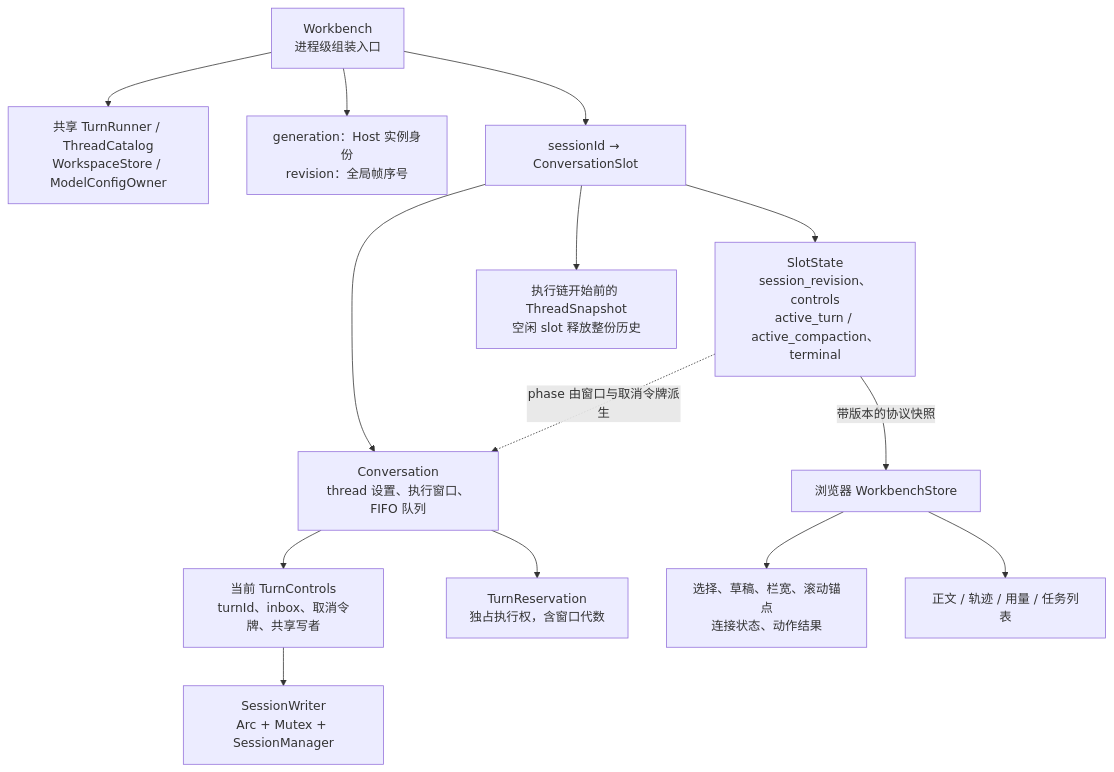
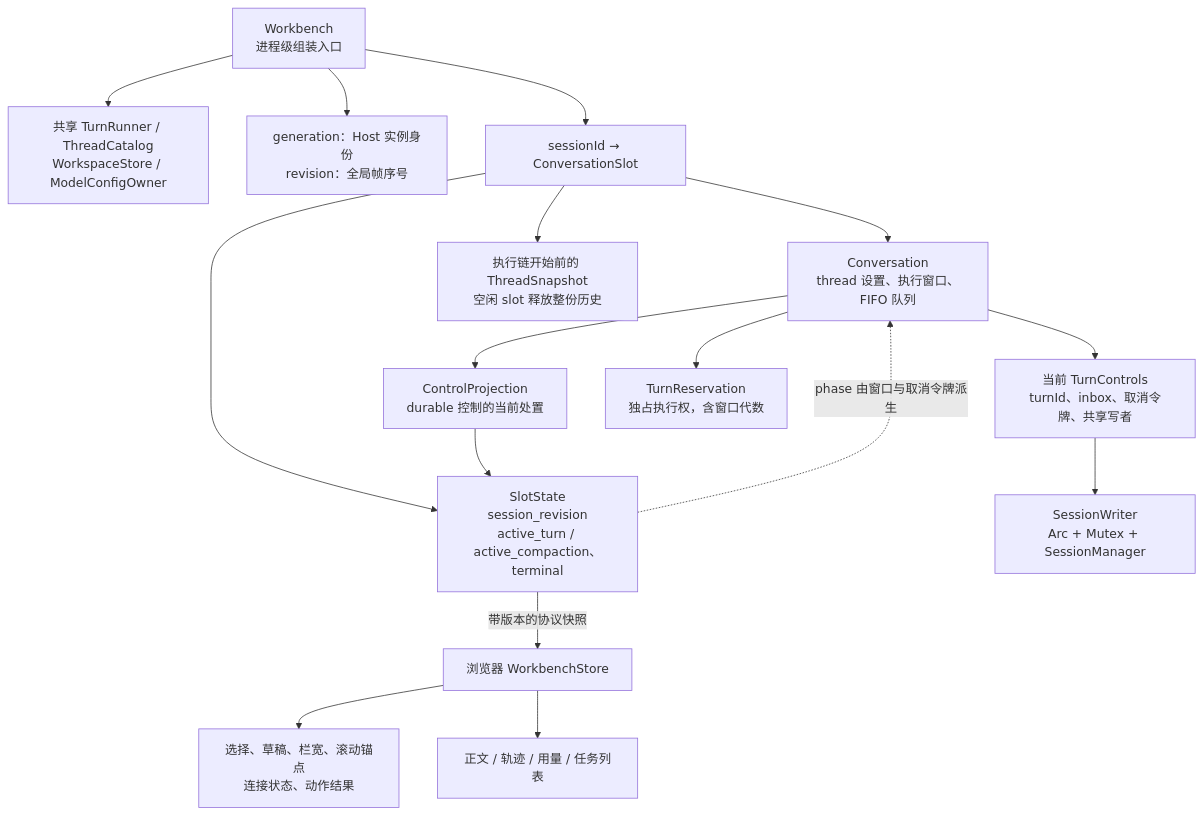
The fifth of 29 diagrams in docs/singularity.md (qjcnmd/singularity-agent), drawn with Mermaid before and after one commit. The commit also changed other lines of this file and 15 other files, not shown here.

````diff
--- a/docs/singularity.md
+++ b/docs/singularity.md
@@ -131,16 +131,18 @@
 ```mermaid
 flowchart TB
     WB["Workbench<br/>进程级组装入口"] --> Shared["共享 TurnRunner / ThreadCatalog<br/>WorkspaceStore / ModelConfigOwner"]
     WB --> Order["generation：Host 实例身份<br/>revision：全局帧序号"]
     WB --> Slots["sessionId → ConversationSlot"]
     Slots --> Conv["Conversation<br/>thread 设置、执行窗口、FIFO 队列"]
-    Slots --> Projection["SlotState<br/>session_revision、controls<br/>active_turn / active_compaction、terminal"]
+    Conv --> Controls["ControlProjection<br/>durable 控制的当前处置"]
+    Slots --> Projection["SlotState<br/>session_revision<br/>active_turn / active_compaction、terminal"]
     Slots --> Stable["执行链开始前的 ThreadSnapshot<br/>空闲 slot 释放整份历史"]
     Conv --> Running["当前 TurnControls<br/>turnId、inbox、取消令牌、共享写者"]
     Conv --> Reservation["TurnReservation<br/>独占执行权，含窗口代数"]
     Running --> Writer["SessionWriter<br/>Arc + Mutex + SessionManager"]
     Projection -. "phase 由窗口与取消令牌派生" .-> Conv
+    Controls --> Projection
     Projection -->|"带版本的协议快照"| Store["浏览器 WorkbenchStore"]
     Store --> UIState["选择、草稿、栏宽、滚动锚点<br/>连接状态、动作结果"]
     Store --> Views["正文 / 轨迹 / 用量 / 任务列表"]
 ```
````
